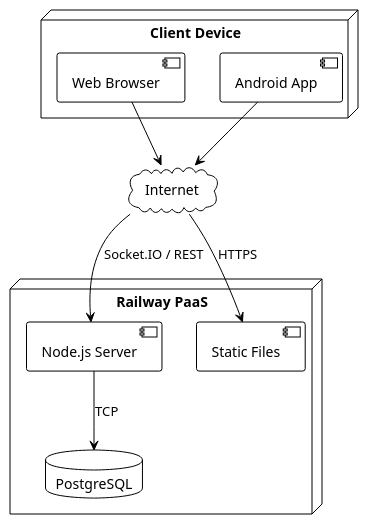
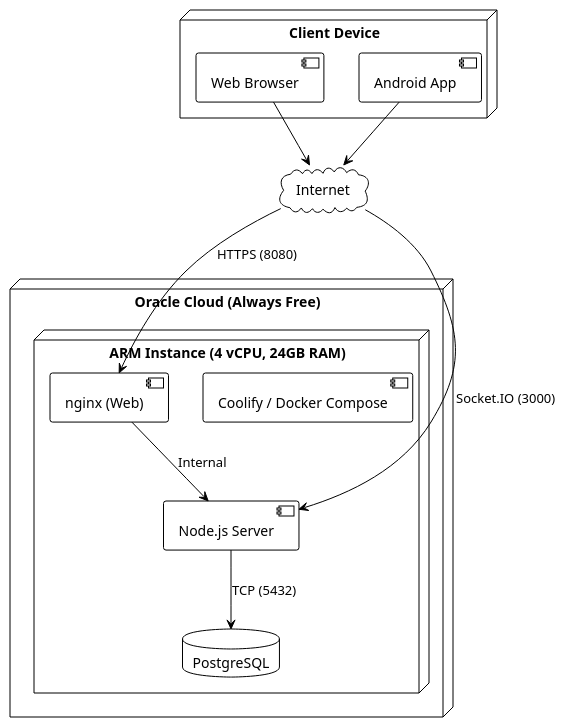
Before and after one commit to deglerj/dabb: the diagram in docs/arc42/07-deployment-view.md, drawn with PlantUML. The commit also changed other lines of this file and 12 other files, not shown here.

````diff
--- a/docs/arc42/07-deployment-view.md
+++ b/docs/arc42/07-deployment-view.md
@@ -5,26 +5,30 @@
 ```plantuml
 @startuml
 !theme plain
 
 node "Client Device" {
   [Web Browser] as browser
   [Android App] as android
 }
 
 cloud "Internet" {
 }
 
-node "Railway PaaS" {
-  [Node.js Server] as server
-  database "PostgreSQL" as db
-  [Static Files] as static
+node "Oracle Cloud (Always Free)" {
+  node "ARM Instance (4 vCPU, 24GB RAM)" {
+    [Coolify / Docker Compose] as orchestrator
+    [nginx (Web)] as web
+    [Node.js Server] as server
+    database "PostgreSQL" as db
+  }
 }
 
 browser --> Internet
 android --> Internet
-Internet --> server : Socket.IO / REST
-Internet --> static : HTTPS
-server --> db : TCP
+Internet --> web : HTTPS (8080)
+Internet --> server : Socket.IO (3000)
+web --> server : Internal
+server --> db : TCP (5432)
 
 @enduml
 ```
````
